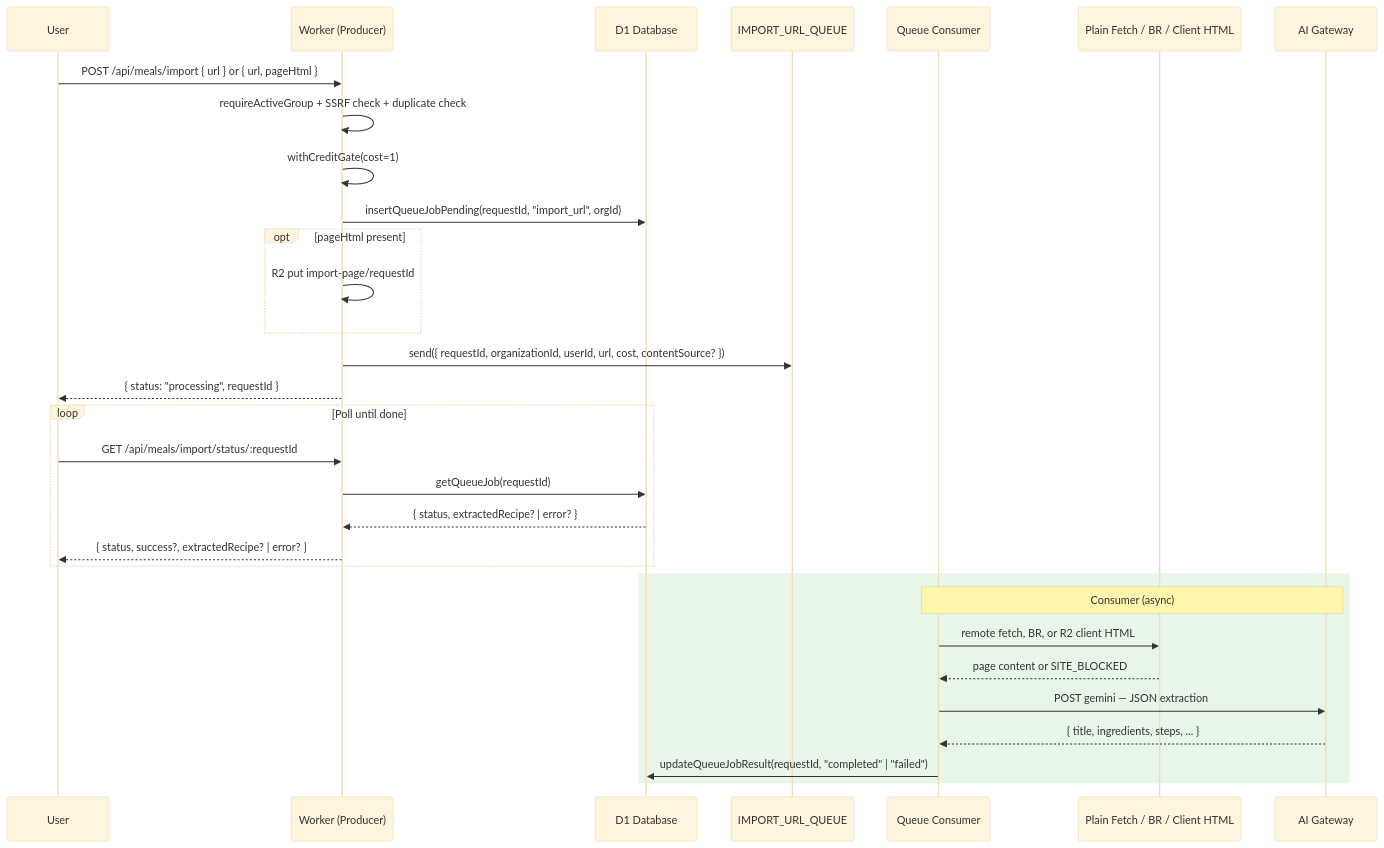
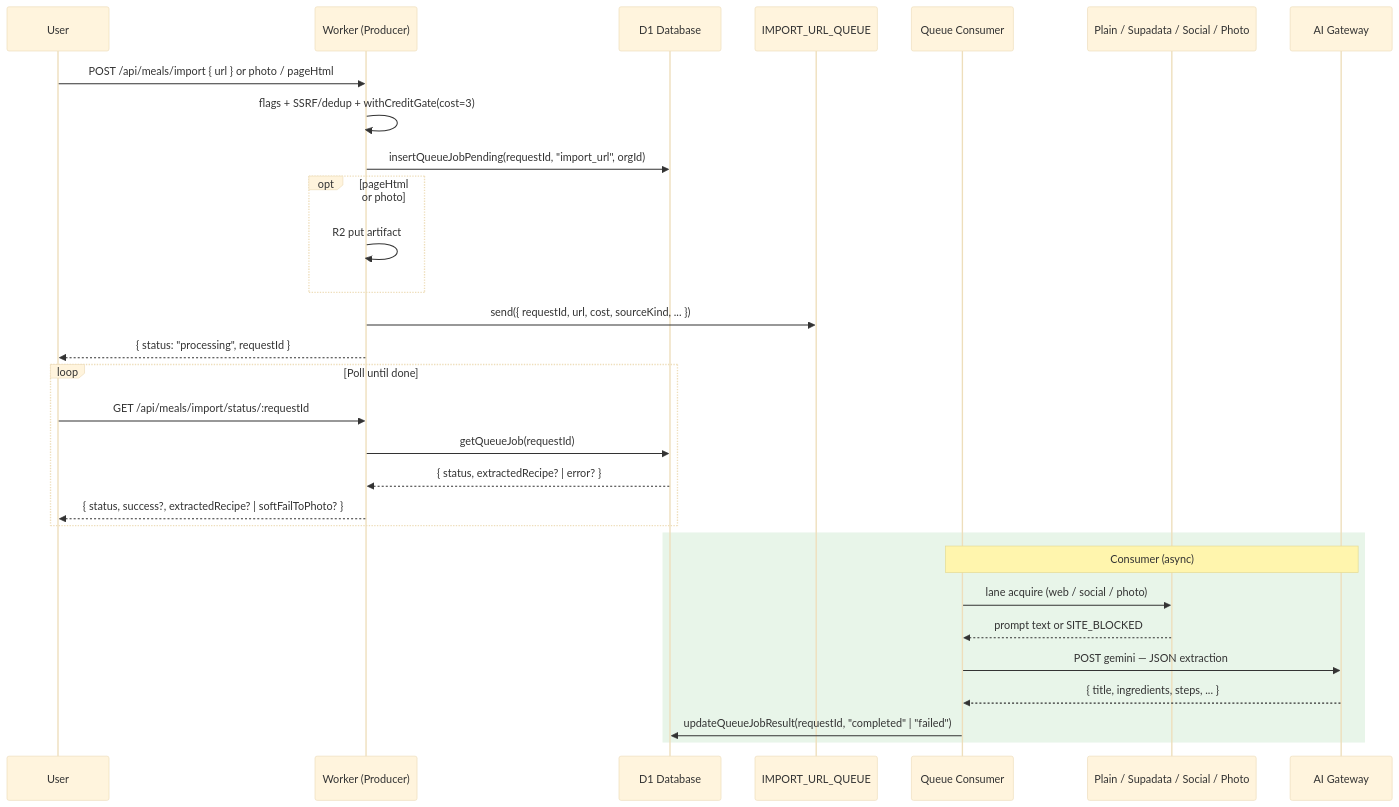
One commit to bjamesdowning/ration-mirror changed diagram 14 of 24 in README.md. Above: the diagram before and after it, drawn with Mermaid (base theme). The commit also changed other lines of this file and 46 other files, not shown here.

First line of the commit message:
feat: hybrid multi-lane recipe import with Supadata and safe refunds

````diff
--- a/README.md
+++ b/README.md
@@ -641,36 +650,35 @@
 ```mermaid
 sequenceDiagram
     participant User as User
     participant Worker as Worker (Producer)
     participant D1 as D1 Database
     participant Queue as IMPORT_URL_QUEUE
     participant Consumer as Queue Consumer
-    participant Fetch as Plain Fetch / BR / Client HTML
+    participant Acquire as Plain / Supadata / Social / Photo
     participant AIGateway as AI Gateway
 
-    User->>Worker: POST /api/meals/import { url } or { url, pageHtml }
-    Worker->>Worker: requireActiveGroup + SSRF check + duplicate check
-    Worker->>Worker: withCreditGate(cost=1)
+    User->>Worker: POST /api/meals/import { url } or photo / pageHtml
+    Worker->>Worker: flags + SSRF/dedup + withCreditGate(cost=3)
     Worker->>D1: insertQueueJobPending(requestId, "import_url", orgId)
-    opt pageHtml present
-        Worker->>Worker: R2 put import-page/requestId
+    opt pageHtml or photo
+        Worker->>Worker: R2 put artifact
     end
-    Worker->>Queue: send({ requestId, organizationId, userId, url, cost, contentSource? })
+    Worker->>Queue: send({ requestId, url, cost, sourceKind, ... })
     Worker-->>User: { status: "processing", requestId }
 
     loop Poll until done
         User->>Worker: GET /api/meals/import/status/:requestId
         Worker->>D1: getQueueJob(requestId)
         D1-->>Worker: { status, extractedRecipe? | error? }
-        Worker-->>User: { status, success?, extractedRecipe? | error? }
+        Worker-->>User: { status, success?, extractedRecipe? | softFailToPhoto? }
     end
 
     rect rgb(232, 245, 233)
         Note over Consumer,AIGateway: Consumer (async)
-        Consumer->>Fetch: remote fetch, BR, or R2 client HTML
-        Fetch-->>Consumer: page content or SITE_BLOCKED
+        Consumer->>Acquire: lane acquire (web / social / photo)
+        Acquire-->>Consumer: prompt text or SITE_BLOCKED
         Consumer->>AIGateway: POST gemini — JSON extraction
         AIGateway-->>Consumer: { title, ingredients, steps, ... }
         Consumer->>D1: updateQueueJobResult(requestId, "completed" | "failed")
     end
 ```
````
